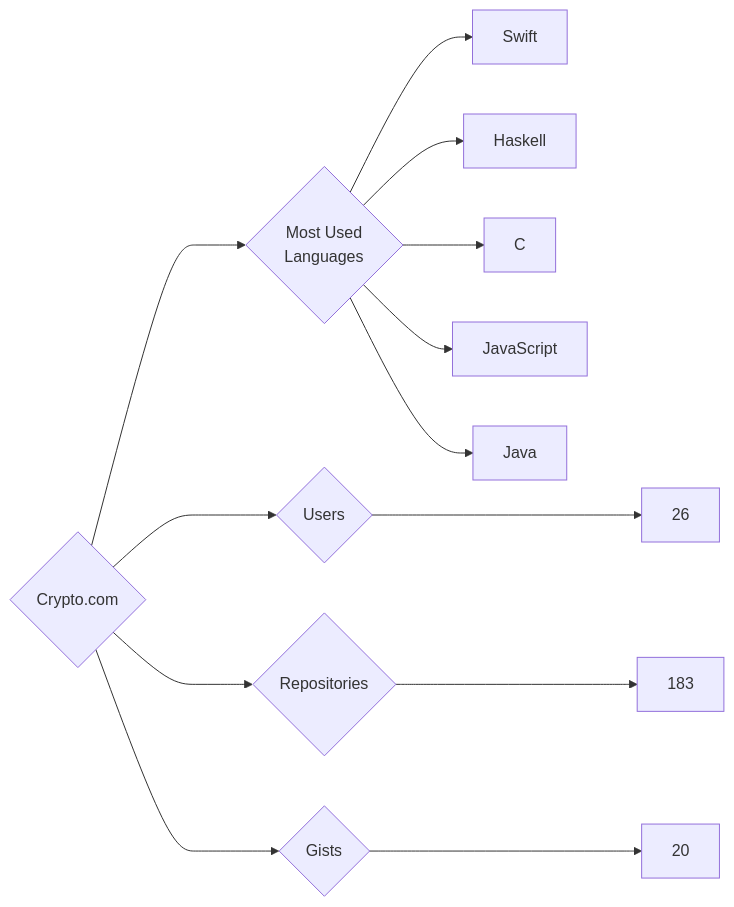
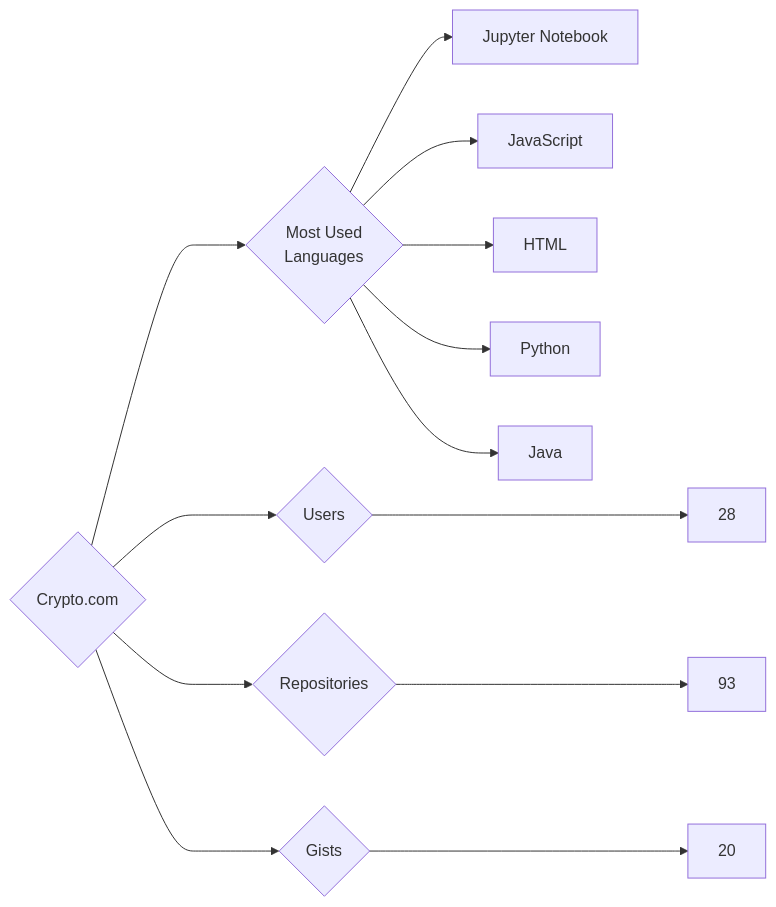
Before and after one commit to trickest/insiders: the diagram in targets/Crypto.com/README.md, drawn with Mermaid. The commit also changed 772 other files, not shown here.

````diff
--- a/targets/Crypto.com/README.md
+++ b/targets/Crypto.com/README.md
@@ -3,13 +3,13 @@
 ```mermaid
 graph LR
 COMPANY_NAME{Crypto.com}
-COMPANY_NAME ---> U{Users} ---> UN[26]
-COMPANY_NAME ---> R{Repositories} ---> RN[183]
+COMPANY_NAME ---> U{Users} ---> UN[28]
+COMPANY_NAME ---> R{Repositories} ---> RN[93]
 COMPANY_NAME ---> G{Gists} ---> GN[20]
 COMPANY_NAME ---> ML{Most Used<br>Languages}
-ML --> Swift[Swift]
-ML --> Haskell[Haskell]
-ML --> C[C]
+ML --> Jupyter_Notebook[Jupyter Notebook]
 ML --> JavaScript[JavaScript]
+ML --> HTML[HTML]
+ML --> Python[Python]
 ML --> Java[Java]
 ```
````
